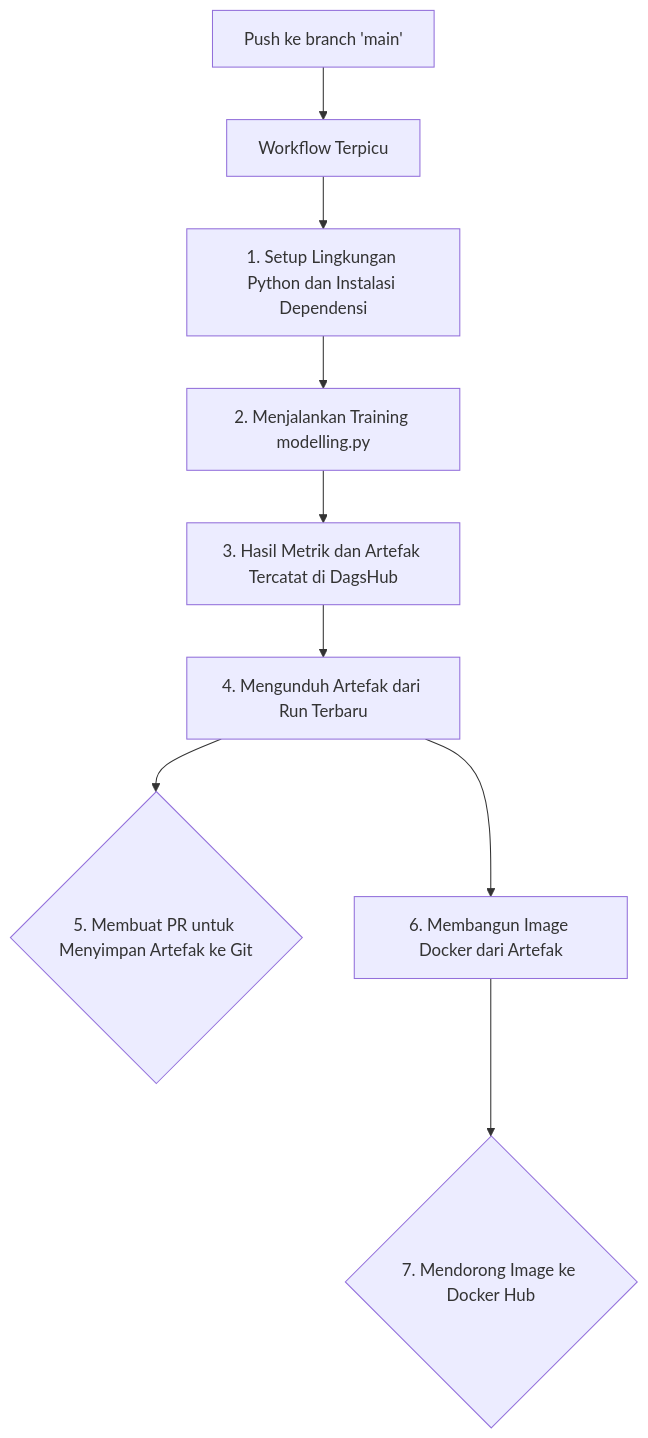
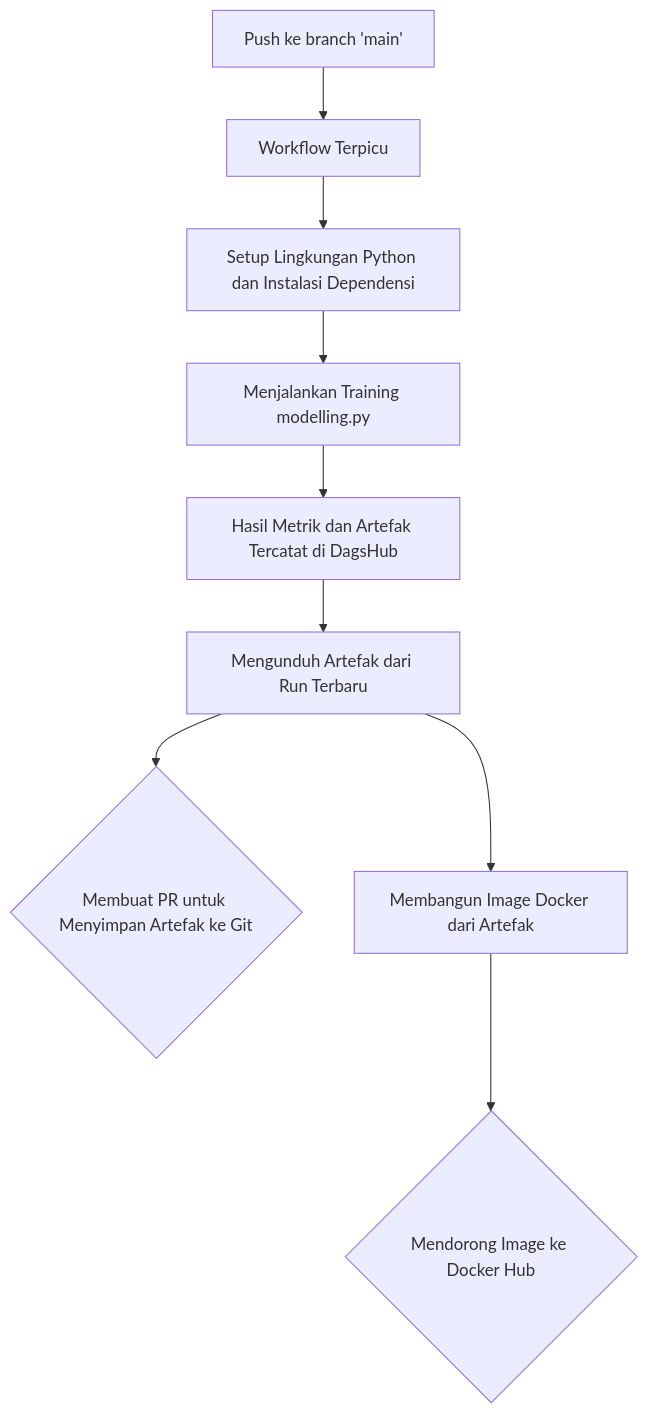
The diagram in README.md (macamtema/Workflow-CI), drawn with Mermaid before and after one commit.

````diff
--- a/README.md
+++ b/README.md
@@ -37,11 +37,11 @@
 ```mermaid
 graph TD
     A[Push ke branch 'main'] --> B{Workflow Terpicu};
-    B[Workflow Terpicu] --> C{1. Setup Lingkungan Python dan Instalasi Dependensi};
-    C[1. Setup Lingkungan Python dan Instalasi Dependensi] --> D{2. Menjalankan Training modelling.py};
-    D[2. Menjalankan Training modelling.py] --> E{3. Hasil Metrik dan Artefak Tercatat di DagsHub};
-    E[3. Hasil Metrik dan Artefak Tercatat di DagsHub] --> F{4. Mengunduh Artefak dari Run Terbaru};
-    F[4. Mengunduh Artefak dari Run Terbaru] --> G{5. Membuat PR untuk Menyimpan Artefak ke Git};
-    F[4. Mengunduh Artefak dari Run Terbaru] --> H{6. Membangun Image Docker dari Artefak};
-    H[6. Membangun Image Docker dari Artefak] --> I{7. Mendorong Image ke Docker Hub};
+    B[Workflow Terpicu] --> C{Setup Lingkungan Python dan Instalasi Dependensi};
+    C[Setup Lingkungan Python dan Instalasi Dependensi] --> D{Menjalankan Training modelling.py};
+    D[Menjalankan Training modelling.py] --> E{Hasil Metrik dan Artefak Tercatat di DagsHub};
+    E[Hasil Metrik dan Artefak Tercatat di DagsHub] --> F{Mengunduh Artefak dari Run Terbaru};
+    F[Mengunduh Artefak dari Run Terbaru] --> G{Membuat PR untuk Menyimpan Artefak ke Git};
+    F[Mengunduh Artefak dari Run Terbaru] --> H{Membangun Image Docker dari Artefak};
+    H[Membangun Image Docker dari Artefak] --> I{Mendorong Image ke Docker Hub};
 ```
````
